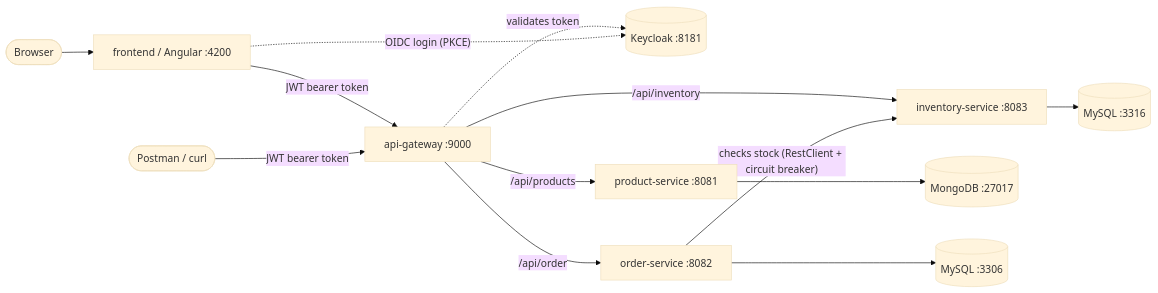
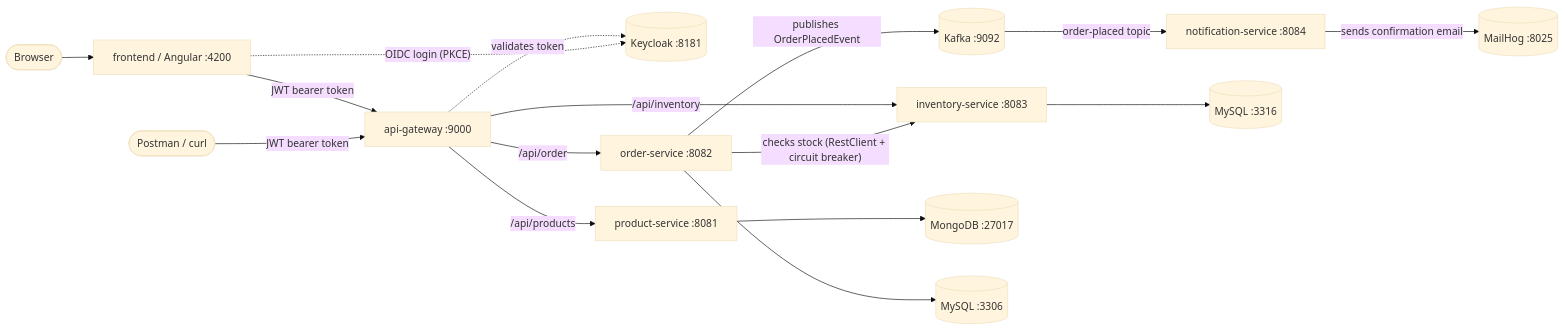
One commit to iusamahub/ecommerce-microservices changed the diagram in README.md. Above: the diagram before and after it, drawn with Mermaid (base theme). The commit also changed other lines of this file and 31 other files, not shown here.

````diff
--- a/README.md
+++ b/README.md
@@ -23,27 +24,33 @@
 ```mermaid
 flowchart LR
     Browser([Browser])
     FE[frontend / Angular :4200]
     Client([Postman / curl])
     GW[api-gateway :9000]
     Auth[(Keycloak :8181)]
     Product[product-service :8081]
     Order[order-service :8082]
     Inventory[inventory-service :8083]
+    Notification[notification-service :8084]
+    Kafka[(Kafka :9092)]
+    Mail[(MailHog :8025)]
     Mongo[(MongoDB :27017)]
     MySQLOrder[(MySQL :3306)]
     MySQLInventory[(MySQL :3316)]
 
     Browser --> FE
     FE -- "JWT bearer token" --> GW
     Client -- "JWT bearer token" --> GW
     GW -. "validates token" .-> Auth
     FE -. "OIDC login (PKCE)" .-> Auth
     GW -- "/api/products" --> Product
     GW -- "/api/order" --> Order
     GW -- "/api/inventory" --> Inventory
     Order -- "checks stock (RestClient + circuit breaker)" --> Inventory
+    Order -- "publishes OrderPlacedEvent" --> Kafka
+    Kafka -- "order-placed topic" --> Notification
+    Notification -- "sends confirmation email" --> Mail
     Product --> Mongo
     Order --> MySQLOrder
     Inventory --> MySQLInventory
 ```
````
